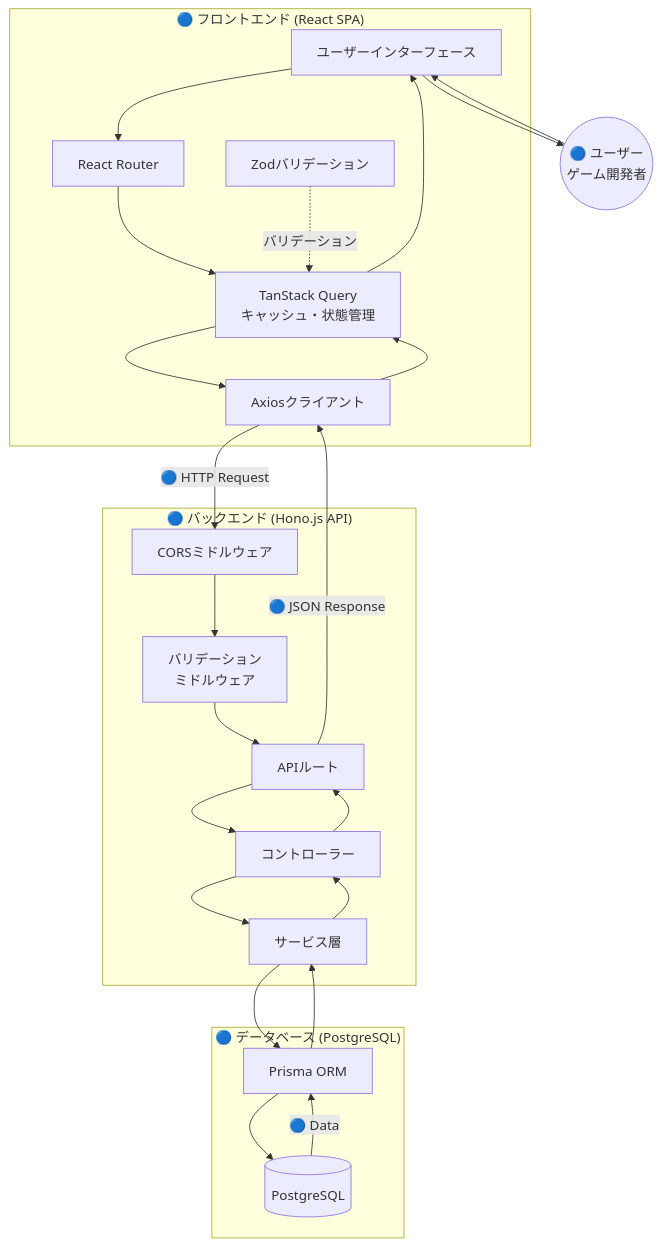
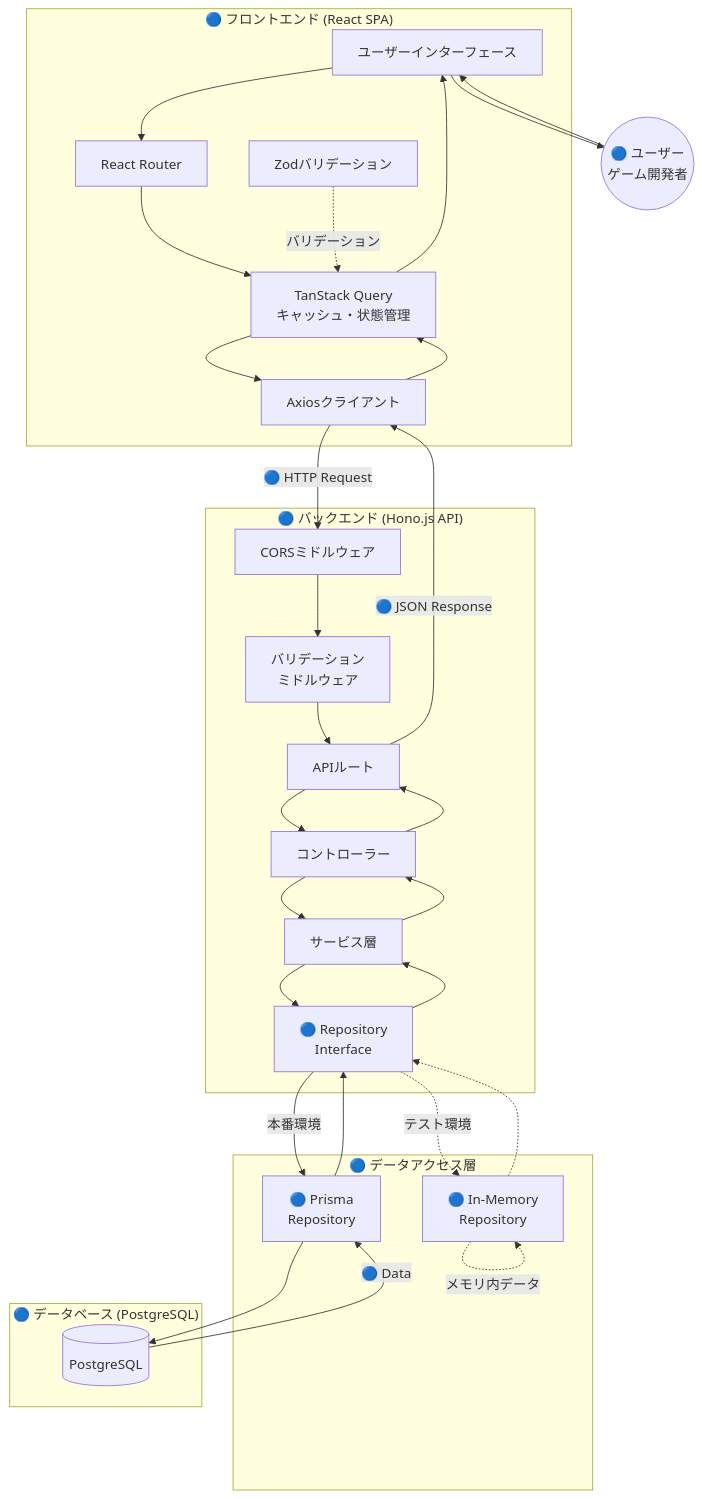
Before and after one commit to yaguma/atelier_resource_management: the first of 11 diagrams in docs/design/resource-management-webapp/dataflow.md, drawn with Mermaid. The commit also changed other lines of this file and 4 other files, not shown here.

````diff
--- a/docs/design/resource-management-webapp/dataflow.md
+++ b/docs/design/resource-management-webapp/dataflow.md
@@ -7,46 +7,57 @@
 ```mermaid
 flowchart TB
     subgraph Frontend["🔵 フロントエンド (React SPA)"]
         UI[ユーザーインターフェース]
         Router[React Router]
         TQ[TanStack Query<br/>キャッシュ・状態管理]
         Axios[Axiosクライアント]
         Zod[Zodバリデーション]
     end
 
     subgraph Backend["🔵 バックエンド (Hono.js API)"]
         CORS[CORSミドルウェア]
         Valid[バリデーション<br/>ミドルウェア]
         Routes[APIルート]
         Controller[コントローラー]
         Service[サービス層]
+        RepoInterface[🔵 Repository<br/>Interface]
+    end
+
+    subgraph DataAccess["🔵 データアクセス層"]
+        PrismaRepo[🔵 Prisma<br/>Repository]
+        MemoryRepo[🔵 In-Memory<br/>Repository]
     end
 
     subgraph Database["🔵 データベース (PostgreSQL)"]
-        Prisma[Prisma ORM]
         DB[(PostgreSQL)]
     end
 
     User((🔵 ユーザー<br/>ゲーム開発者)) --> UI
     UI --> Router
     Router --> TQ
     TQ --> Axios
     Zod -.バリデーション.-> TQ
 
     Axios -->|🔵 HTTP Request| CORS
     CORS --> Valid
     Valid --> Routes
     Routes --> Controller
     Controller --> Service
-    Service --> Prisma
-    Prisma --> DB
+    Service --> RepoInterface
 
-    DB -->|🔵 Data| Prisma
-    Prisma --> Service
+    RepoInterface -->|本番環境| PrismaRepo
+    RepoInterface -.->|テスト環境| MemoryRepo
+    PrismaRepo --> DB
+    MemoryRepo -.->|メモリ内データ| MemoryRepo
+
+    DB -->|🔵 Data| PrismaRepo
+    PrismaRepo --> RepoInterface
+    MemoryRepo -.-> RepoInterface
+    RepoInterface --> Service
     Service --> Controller
     Controller --> Routes
     Routes -->|🔵 JSON Response| Axios
     Axios --> TQ
     TQ --> UI
     UI --> User
 ```
````
